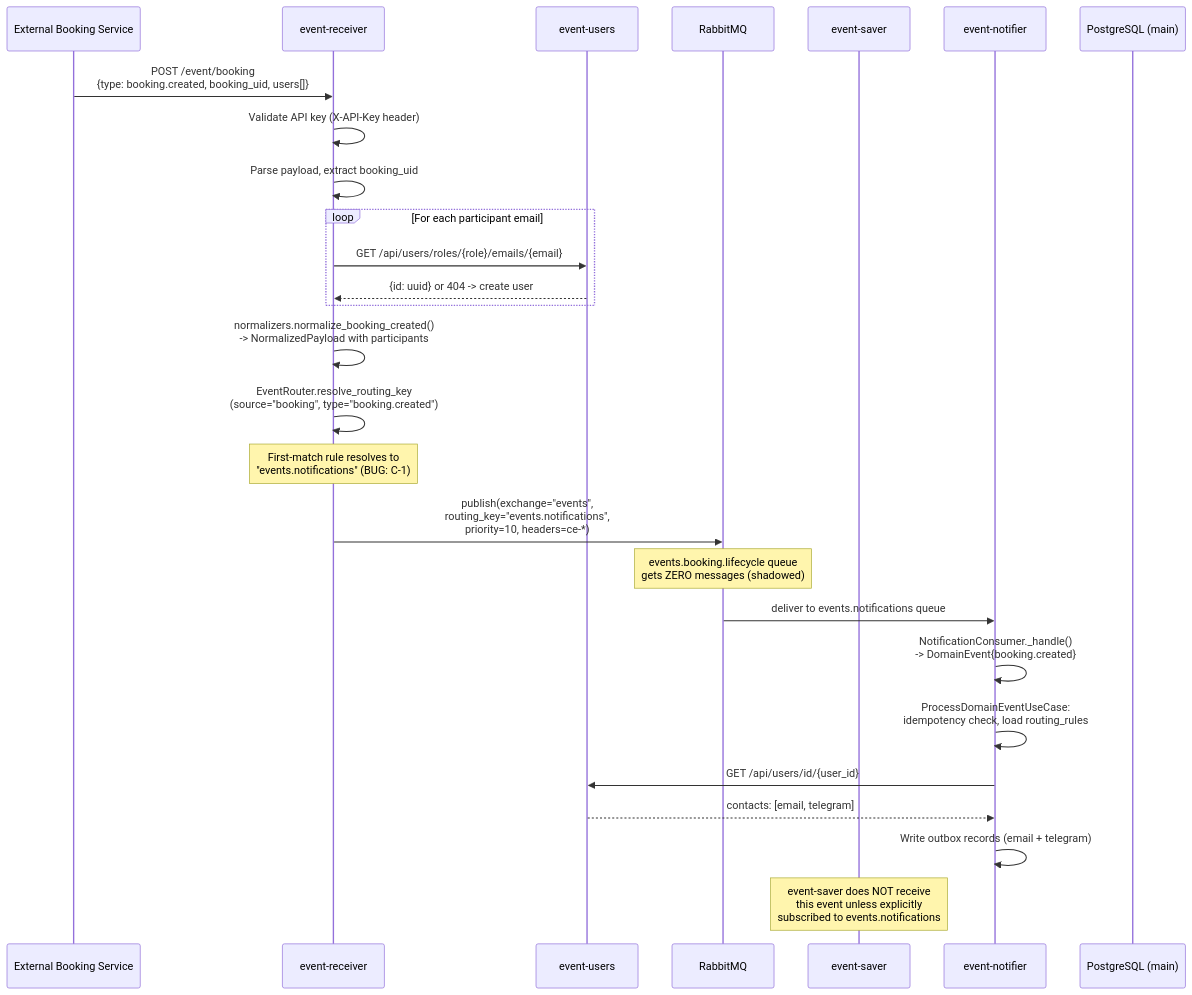
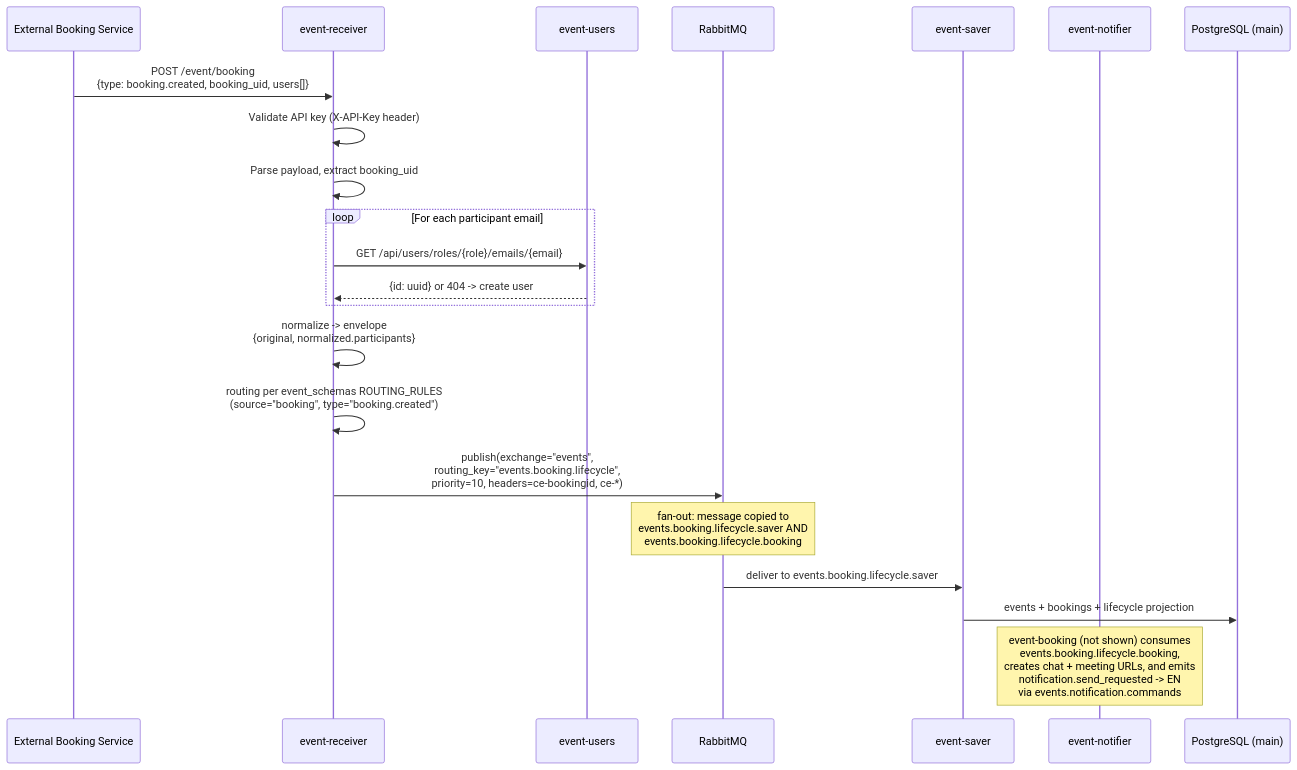
One commit to Lelikov/events changed the first of 2 diagrams in docs/architecture/MESSAGE_CONTRACTS.md. Above: the diagram before and after it, drawn with Mermaid. The commit also changed other lines of this file and 1 other file, not shown here.

Commit message:
docs(architecture): post-audit-v2 topology — event-booking + jitsi-chat, per-consumer lifecycle queues, /event/calcom, delivery-result pipeline

````diff
--- a/docs/architecture/MESSAGE_CONTRACTS.md
+++ b/docs/architecture/MESSAGE_CONTRACTS.md
@@ -231,36 +233,31 @@
 ```mermaid
 sequenceDiagram
     participant Ext as External Booking Service
     participant ER as event-receiver
     participant EU as event-users
     participant RMQ as RabbitMQ
     participant ES as event-saver
     participant EN as event-notifier
     participant DB as PostgreSQL (main)
 
     Ext->>ER: POST /event/booking<br/>{type: booking.created, booking_uid, users[]}
     ER->>ER: Validate API key (X-API-Key header)
     ER->>ER: Parse payload, extract booking_uid
 
     loop For each participant email
         ER->>EU: GET /api/users/roles/{role}/emails/{email}
         EU-->>ER: {id: uuid} or 404 -> create user
     end
 
-    ER->>ER: normalizers.normalize_booking_created()<br/>-> NormalizedPayload with participants
-    ER->>ER: EventRouter.resolve_routing_key<br/>(source="booking", type="booking.created")
-    Note over ER: First-match rule resolves to<br/>"events.notifications" (BUG: C-1)
+    ER->>ER: normalize -> envelope<br/>{original, normalized.participants}
+    ER->>ER: routing per event_schemas ROUTING_RULES<br/>(source="booking", type="booking.created")
 
-    ER->>RMQ: publish(exchange="events",<br/>routing_key="events.notifications",<br/>priority=10, headers=ce-*)
+    ER->>RMQ: publish(exchange="events",<br/>routing_key="events.booking.lifecycle",<br/>priority=10, headers=ce-bookingid, ce-*)
 
-    Note over RMQ: events.booking.lifecycle queue<br/>gets ZERO messages (shadowed)
+    Note over RMQ: fan-out: message copied to<br/>events.booking.lifecycle.saver AND<br/>events.booking.lifecycle.booking
 
-    RMQ->>EN: deliver to events.notifications queue
-    EN->>EN: NotificationConsumer._handle()<br/>-> DomainEvent{booking.created}
-    EN->>EN: ProcessDomainEventUseCase:<br/>idempotency check, load routing_rules
-    EN->>EU: GET /api/users/id/{user_id}
-    EU-->>EN: contacts: [email, telegram]
-    EN->>EN: Write outbox records (email + telegram)
+    RMQ->>ES: deliver to events.booking.lifecycle.saver
+    ES->>DB: events + bookings + lifecycle projection
 
-    Note over ES: event-saver does NOT receive<br/>this event unless explicitly<br/>subscribed to events.notifications
+    Note over EN: event-booking (not shown) consumes<br/>events.booking.lifecycle.booking,<br/>creates chat + meeting URLs, and emits<br/>notification.send_requested -> EN<br/>via events.notification.commands
 ```
````
